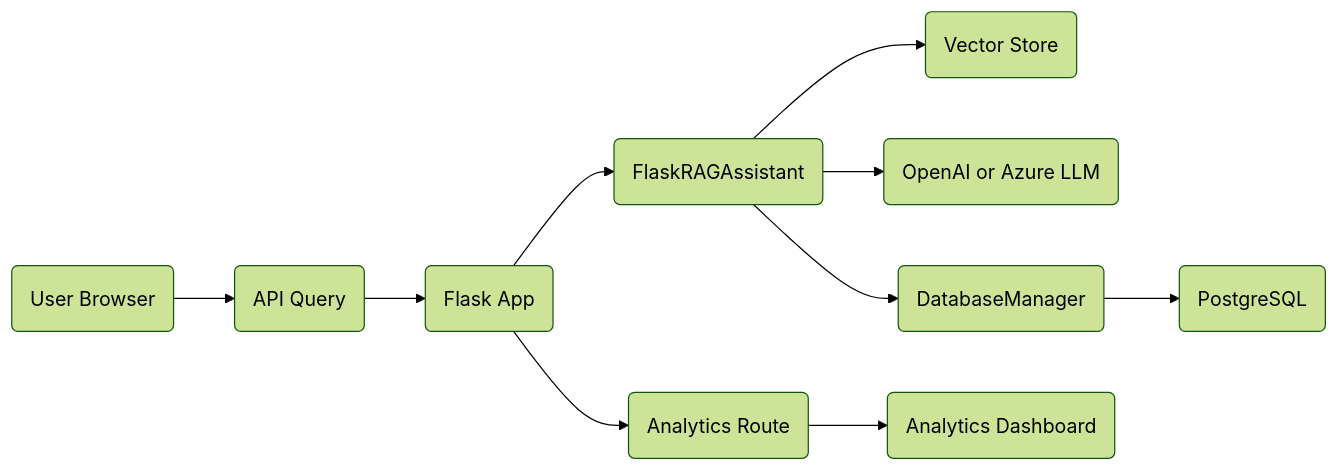
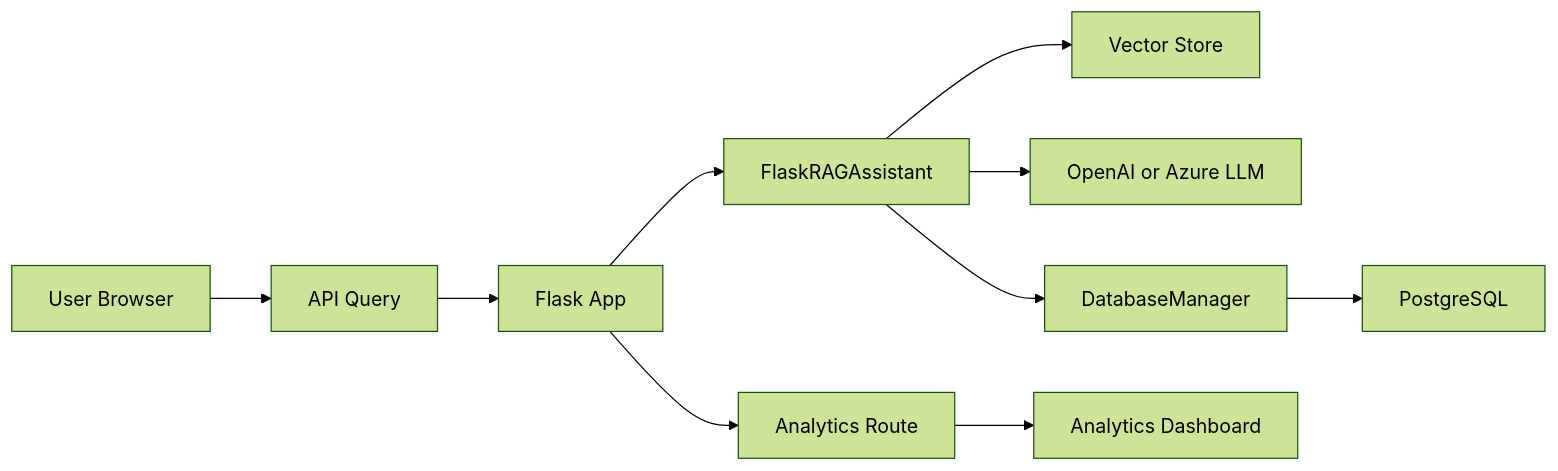
One commit to guiiids/RAGKA-v1r1 changed the diagram in README.md. Above: the diagram before and after it, drawn with Mermaid (forest theme).

Commit message:
Update README mermaid diagram syntax to graph LR

````diff
--- a/README.md
+++ b/README.md
@@ -29,12 +29,12 @@
 ```mermaid
-flowchart LR
-  UB(User Browser) --> QP(API Query)
-  QP --> FA(Flask App)
-  FA --> RA(FlaskRAGAssistant)
-  RA --> VS(Vector Store)
-  RA --> LLM(OpenAI or Azure LLM)
-  RA --> DBM(DatabaseManager)
-  DBM --> PG(PostgreSQL)
-  FA --> AN(Analytics Route)
-  AN --> AD(Analytics Dashboard)
+graph LR
+  UB[User Browser] --> QP[API Query]
+  QP --> FA[Flask App]
+  FA --> RA[FlaskRAGAssistant]
+  RA --> VS[Vector Store]
+  RA --> LLM[OpenAI or Azure LLM]
+  RA --> DBM[DatabaseManager]
+  DBM --> PG[PostgreSQL]
+  FA --> AN[Analytics Route]
+  AN --> AD[Analytics Dashboard]
 ```
````
